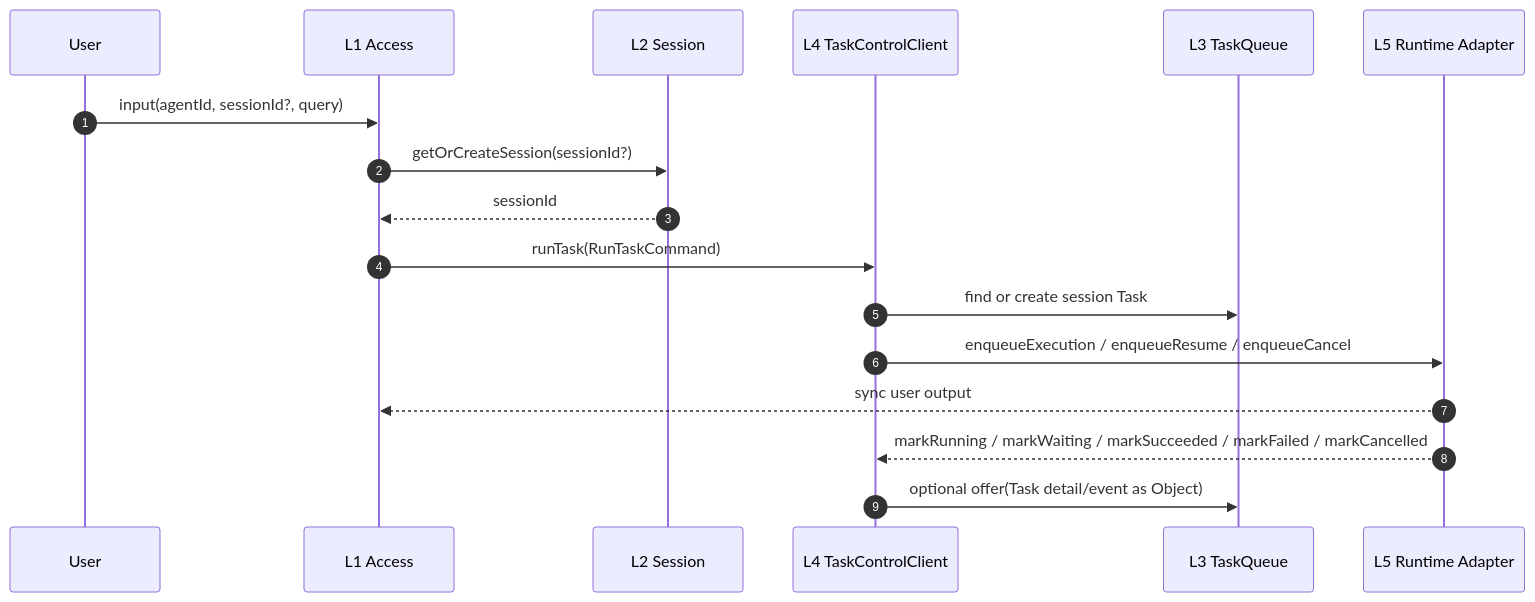
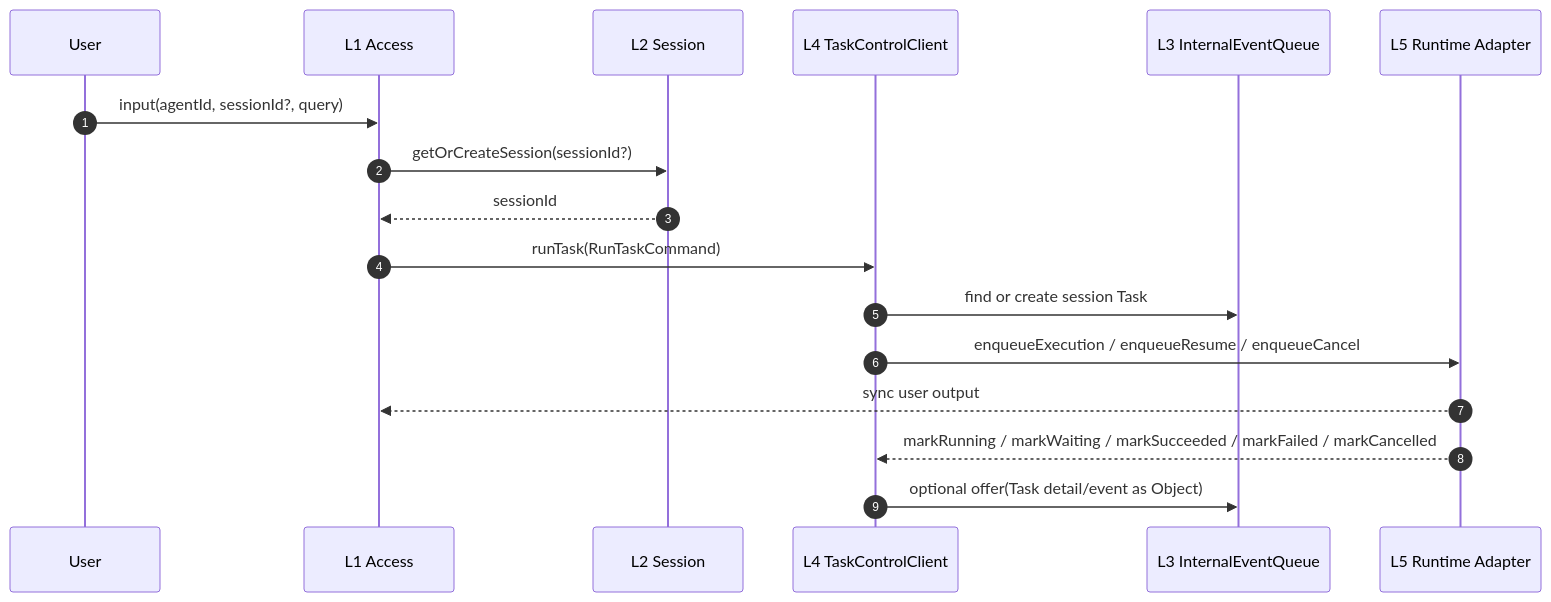
The first of 6 diagrams in architecture/docs/L1/agent-service/2026-05-30-agent-service-l3-l4-task-queue-control-architecture-proposal.cn.md (qhily/spring-ai-ascend), drawn with Mermaid before and after one commit. The commit also changed other lines of this file and 40 other files, not shown here.

Commit message:
Implement Internal Event Queue and Task-Centric Control flow

````diff
--- a/architecture/docs/L1/agent-service/2026-05-30-agent-service-l3-l4-task-queue-control-architecture-proposal.cn.md
+++ b/architecture/docs/L1/agent-service/2026-05-30-agent-service-l3-l4-task-queue-control-architecture-proposal.cn.md
@@ -77,20 +77,20 @@
 ```mermaid
 sequenceDiagram
     autonumber
     participant User as User
     participant Access as L1 Access
     participant Session as L2 Session
     participant TCC as L4 TaskControlClient
-    participant Queue as L3 TaskQueue
+    participant Queue as L3 InternalEventQueue
     participant Runtime as L5 Runtime Adapter
 
     User->>Access: input(agentId, sessionId?, query)
     Access->>Session: getOrCreateSession(sessionId?)
     Session-->>Access: sessionId
     Access->>TCC: runTask(RunTaskCommand)
     TCC->>Queue: find or create session Task
     TCC->>Runtime: enqueueExecution / enqueueResume / enqueueCancel
     Runtime-->>Access: sync user output
     Runtime-->>TCC: markRunning / markWaiting / markSucceeded / markFailed / markCancelled
     TCC->>Queue: optional offer(Task detail/event as Object)
 ```
````
